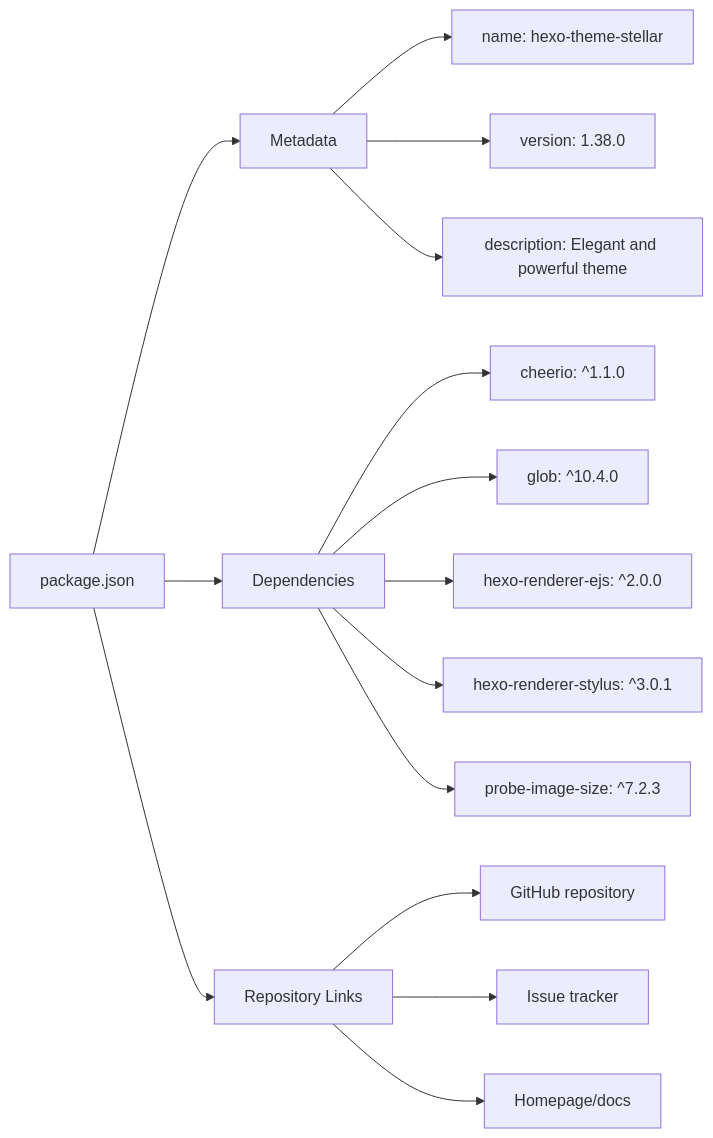
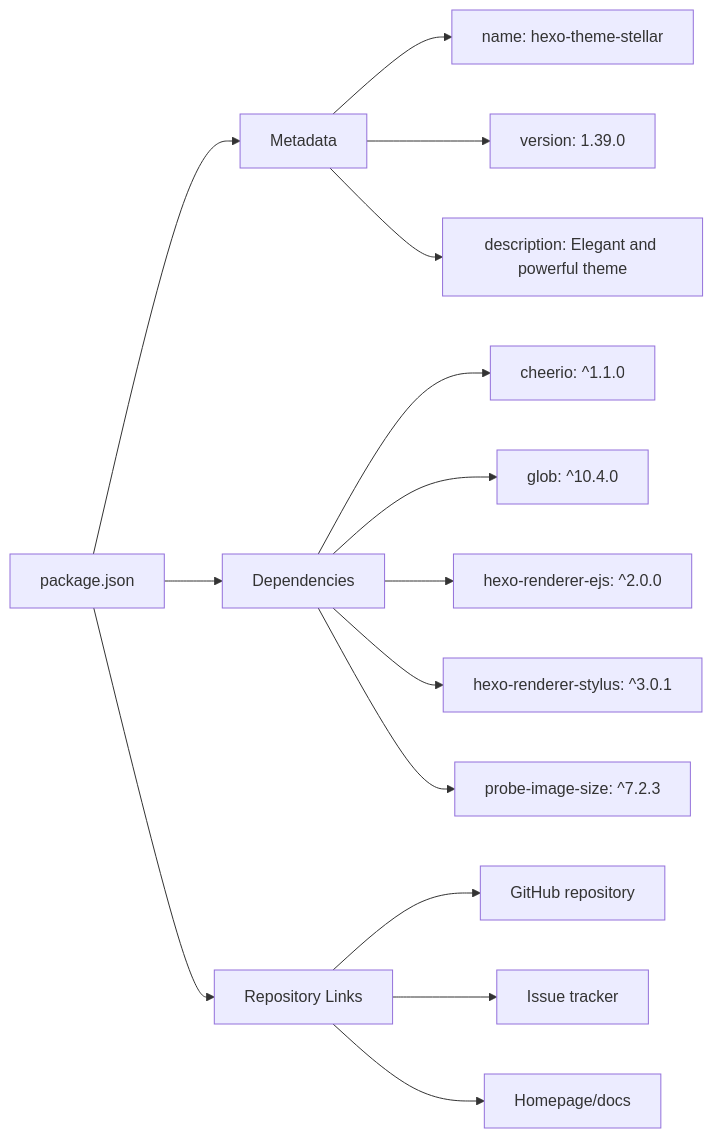
The second of 5 diagrams in themes/stellar/docs/knowledge/00-总览与安装配置/installation.md (penndu/hexo), drawn with Mermaid before and after one commit. The commit also changed other lines of this file and 7 other files, not shown here.

````diff
--- a/themes/stellar/docs/knowledge/00-总览与安装配置/installation.md
+++ b/themes/stellar/docs/knowledge/00-总览与安装配置/installation.md
@@ -124,25 +124,25 @@
 ```mermaid
 graph LR
     PKG["package.json"]
     META["Metadata"]
     DEPS["Dependencies"]
     REPO["Repository Links"]
     
     PKG --> META
     PKG --> DEPS
     PKG --> REPO
     
     META --> NAME["name: hexo-theme-stellar"]
-    META --> VER["version: 1.38.0"]
+    META --> VER["version: 1.39.0"]
     META --> DESC["description: Elegant and powerful theme"]
     
     DEPS --> CHEERIO["cheerio: ^1.1.0"]
     DEPS --> GLOB["glob: ^10.4.0"]
     DEPS --> EJS["hexo-renderer-ejs: ^2.0.0"]
     DEPS --> STYLUS["hexo-renderer-stylus: ^3.0.1"]
     DEPS --> PROBE["probe-image-size: ^7.2.3"]
     
     REPO --> GIT["GitHub repository"]
     REPO --> ISSUES["Issue tracker"]
     REPO --> HOME["Homepage/docs"]
 ```
````
